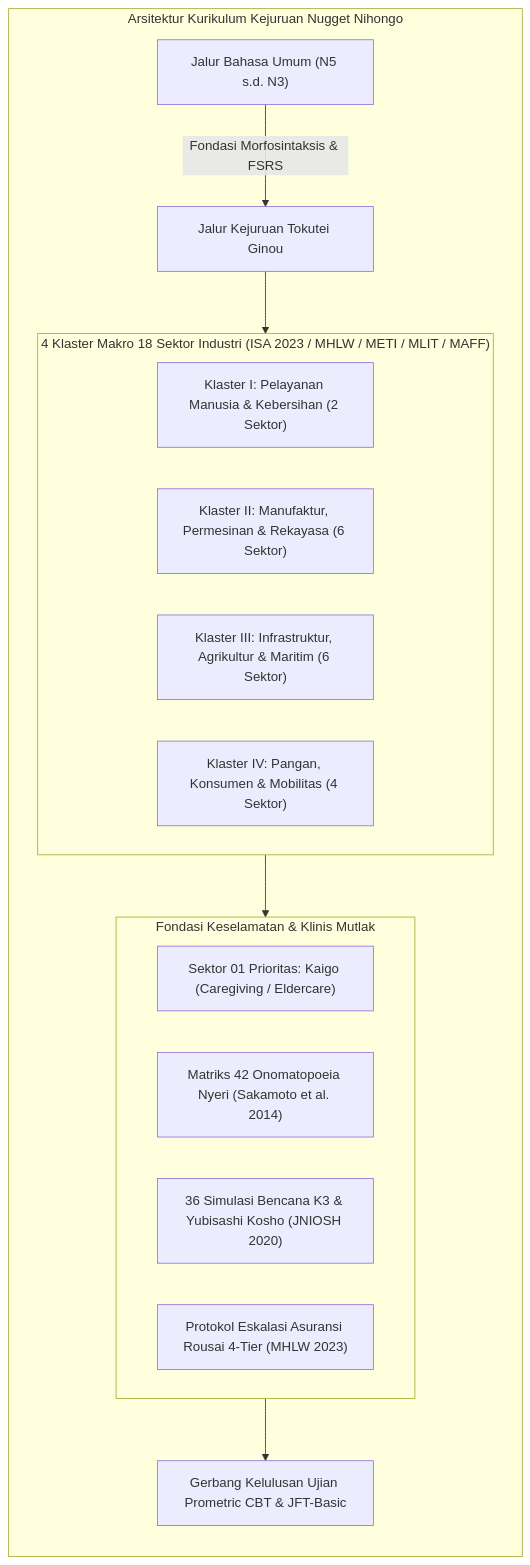
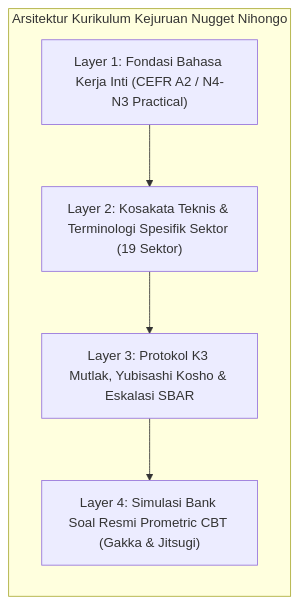
Before and after one commit to nuggetenak/nugget-nihongo: the first of 3 diagrams in corpus/sections/synthesis/syllabi/NUGGET-CURRICULUM-SSW-MASTER-SYLLABUS-v1.md, drawn with Mermaid. The commit also changed other lines of this file and 28 other files, not shown here.

````diff
--- a/corpus/sections/synthesis/syllabi/NUGGET-CURRICULUM-SSW-MASTER-SYLLABUS-v1.md
+++ b/corpus/sections/synthesis/syllabi/NUGGET-CURRICULUM-SSW-MASTER-SYLLABUS-v1.md
@@ -27,25 +28,14 @@
 ```mermaid
 flowchart TD
     subgraph Track["Arsitektur Kurikulum Kejuruan Nugget Nihongo"]
         direction TB
-        G["Jalur Bahasa Umum (N5 s.d. N3)"] -->|Fondasi Morfosintaksis & FSRS| V["Jalur Kejuruan Tokutei Ginou"]
+        L1["Layer 1: Fondasi Bahasa Kerja Inti (CEFR A2 / N4-N3 Practical)"]
+        L2["Layer 2: Kosakata Teknis & Terminologi Spesifik Sektor (19 Sektor)"]
+        L3["Layer 3: Protokol K3 Mutlak, Yubisashi Kosho & Eskalasi SBAR"]
+        L4["Layer 4: Simulasi Bank Soal Resmi Prometric CBT (Gakka & Jitsugi)"]
         
-        subgraph Clusters["4 Klaster Makro 18 Sektor Industri (ISA 2023 / MHLW / METI / MLIT / MAFF)"]
-            K1["Klaster I: Pelayanan Manusia & Kebersihan (2 Sektor)"]
-            K2["Klaster II: Manufaktur, Permesinan & Rekayasa (6 Sektor)"]
-            K3["Klaster III: Infrastruktur, Agrikultur & Maritim (6 Sektor)"]
-            K4["Klaster IV: Pangan, Konsumen & Mobilitas (4 Sektor)"]
-        end
-        
-        subgraph Core["Fondasi Keselamatan & Klinis Mutlak"]
-            KG["Sektor 01 Prioritas: Kaigo (Caregiving / Eldercare)"]
-            PN["Matriks 42 Onomatopoeia Nyeri (Sakamoto et al. 2014)"]
-            K3D["36 Simulasi Bencana K3 & Yubisashi Kosho (JNIOSH 2020)"]
-            RS["Protokol Eskalasi Asuransi Rousai 4-Tier (MHLW 2023)"]
-        end
-        
-        V --> Clusters
-        Clusters --> Core
-        Core --> EX["Gerbang Kelulusan Ujian Prometric CBT & JFT-Basic"]
+        L1 --> L2
+        L2 --> L3
+        L3 --> L4
     end
 ```
````
